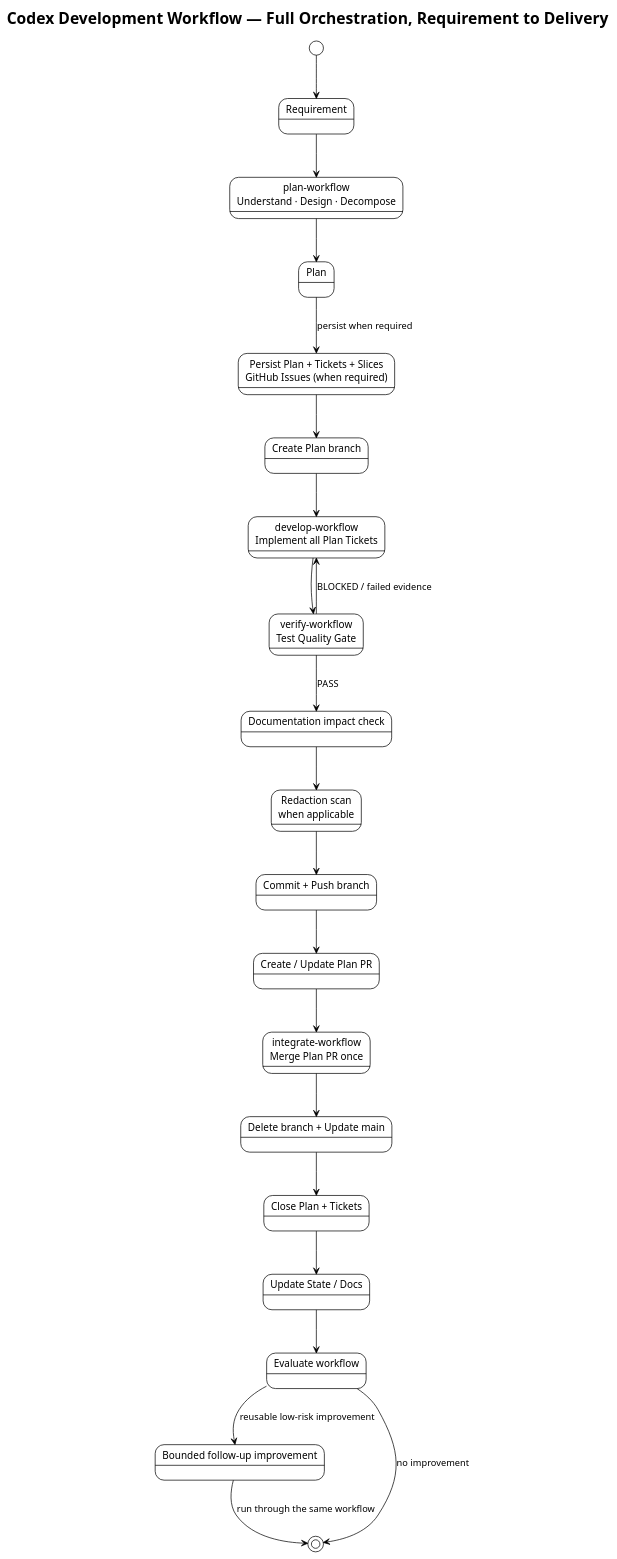
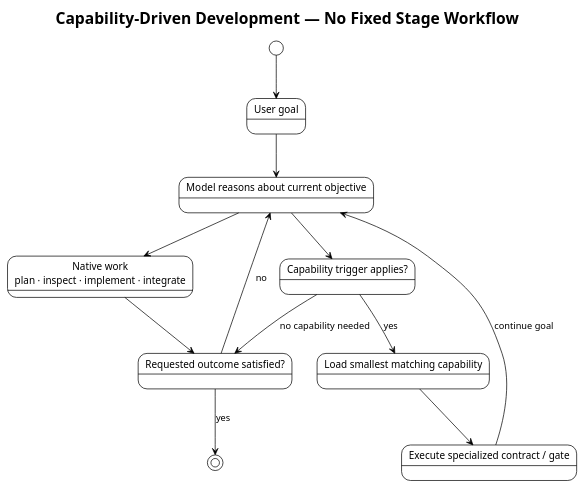
The diagram in docs/architecture/diagrams/architecture.puml (i-zrhe2016/codex-development-workflow), drawn with PlantUML before and after one commit. The commit also changed 48 other files, not shown here.

Commit message:
refactor: move workflow orchestration into model capabilities

```diff
--- a/docs/architecture/diagrams/architecture.puml
+++ b/docs/architecture/diagrams/architecture.puml
@@ -1,47 +1,25 @@
 @startuml
 !theme plain
 top to bottom direction
 skinparam shadowing false
 skinparam defaultFontName Arial
-
-title Codex Development Workflow — Full Orchestration, Requirement to Delivery
-
-state "Requirement" as Requirement
-state "plan-workflow\nUnderstand · Design · Decompose" as Understand
-state "Plan" as Plan
-state "Persist Plan + Tickets + Slices\nGitHub Issues (when required)" as Issues
-state "Create Plan branch" as Branch
-state "develop-workflow\nImplement all Plan Tickets" as Implement
-state "verify-workflow\nTest Quality Gate" as Test
-state "Documentation impact check" as Docs
-state "Redaction scan\nwhen applicable" as Redact
-state "Commit + Push branch" as Publish
-state "Create / Update Plan PR" as PR
-state "integrate-workflow\nMerge Plan PR once" as Merge
-state "Delete branch + Update main" as Cleanup
-state "Close Plan + Tickets" as Close
-state "Update State / Docs" as State
-state "Evaluate workflow" as Evaluate
-state "Bounded follow-up improvement" as Improve
-
-[*] --> Requirement
-Requirement --> Understand
-Understand --> Plan
-Plan --> Issues : persist when required
-Issues --> Branch
-Branch --> Implement
-Implement --> Test
-Test --> Implement : BLOCKED / failed evidence
-Test --> Docs : PASS
-Docs --> Redact
-Redact --> Publish
-Publish --> PR
-PR --> Merge
-Merge --> Cleanup
-Cleanup --> Close
-Close --> State
-State --> Evaluate
-Evaluate --> Improve : reusable low-risk improvement
-Improve --> [*] : run through the same workflow
-Evaluate --> [*] : no improvement
+title Capability-Driven Development — No Fixed Stage Workflow
+state "User goal" as Goal
+state "Model reasons about current objective" as Reason
+state "Native work\nplan · inspect · implement · integrate" as Native
+state "Capability trigger applies?" as Trigger
+state "Load smallest matching capability" as Capability
+state "Execute specialized contract / gate" as Execute
+state "Requested outcome satisfied?" as Done
+[*] --> Goal
+Goal --> Reason
+Reason --> Native
+Reason --> Trigger
+Trigger --> Capability : yes
+Trigger --> Done : no capability needed
+Capability --> Execute
+Execute --> Reason : continue goal
+Native --> Done
+Done --> Reason : no
+Done --> [*] : yes
 @enduml
```
